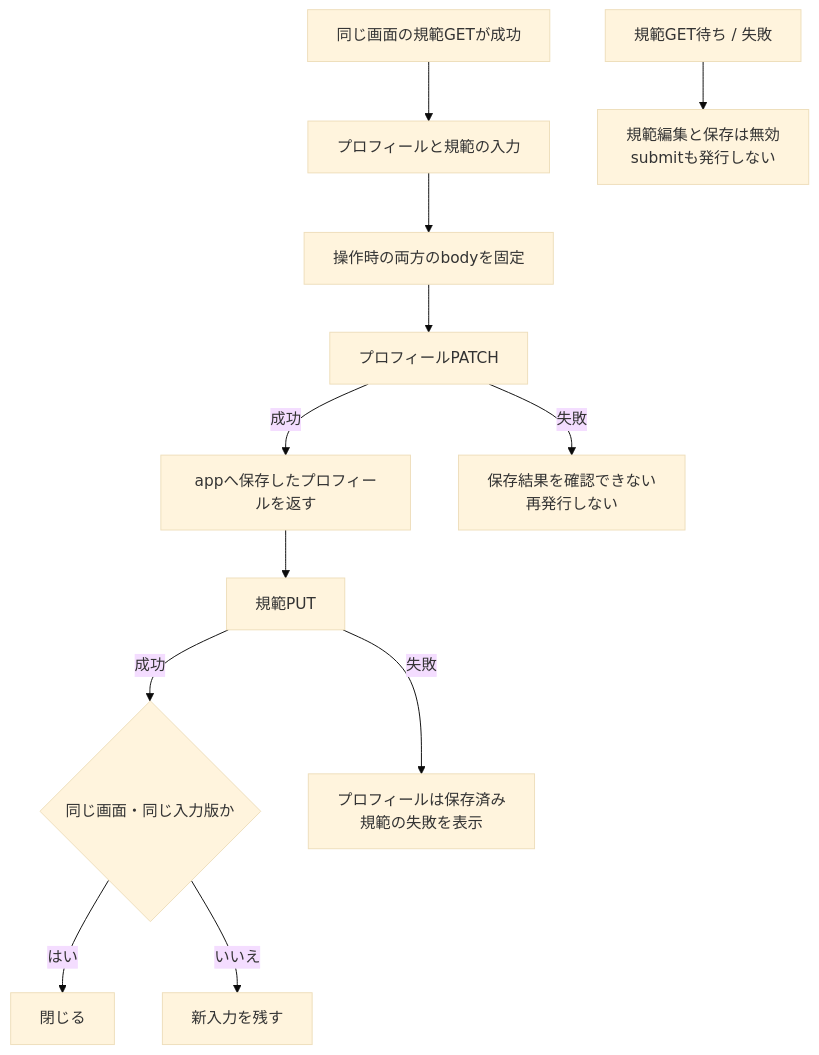
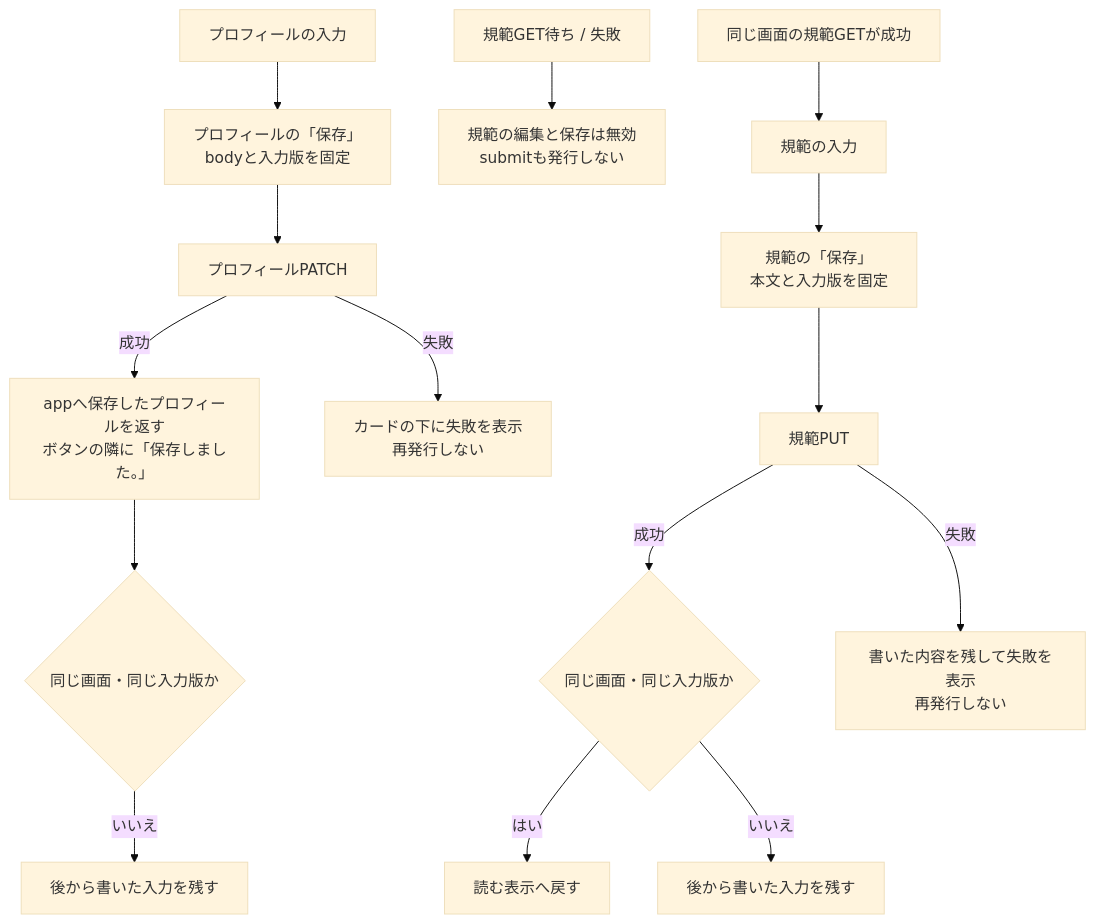
One commit to kitepon/BellTeam changed the third of 7 diagrams in docs/architecture/modules/web/management.md. Above: the diagram before and after it, drawn with Mermaid (base theme). The commit also changed other lines of this file and 7 other files, not shown here.

````diff
--- a/docs/architecture/modules/web/management.md
+++ b/docs/architecture/modules/web/management.md
@@ -70,14 +70,17 @@
 ```mermaid
 flowchart TD
-  Read["同じ画面の規範GETが成功"] --> Input["プロフィールと規範の入力"]
-  Unread["規範GET待ち / 失敗"] --> Disabled["規範編集と保存は無効<br/>submitも発行しない"]
-  Input --> Snapshot["操作時の両方のbodyを固定"]
-  Snapshot --> Profile["プロフィールPATCH"]
-  Profile -->|"成功"| Header["appへ保存したプロフィールを返す"]
-  Header --> Rules["規範PUT"]
-  Rules -->|"成功"| Current{"同じ画面・同じ入力版か"}
-  Current -->|"はい"| Close["閉じる"]
-  Current -->|"いいえ"| Keep["新入力を残す"]
-  Rules -->|"失敗"| Partial["プロフィールは保存済み<br/>規範の失敗を表示"]
-  Profile -->|"失敗"| Failure["保存結果を確認できない<br/>再発行しない"]
+  Read["同じ画面の規範GETが成功"] --> RulesInput["規範の入力"]
+  Unread["規範GET待ち / 失敗"] --> Disabled["規範の編集と保存は無効<br/>submitも発行しない"]
+  ProfileInput["プロフィールの入力"] --> ProfileSave["プロフィールの「保存」<br/>bodyと入力版を固定"]
+  ProfileSave --> Profile["プロフィールPATCH"]
+  Profile -->|"成功"| Header["appへ保存したプロフィールを返す<br/>ボタンの隣に「保存しました。」"]
+  Header --> ProfileCurrent{"同じ画面・同じ入力版か"}
+  ProfileCurrent -->|"いいえ"| ProfileKeep["後から書いた入力を残す"]
+  Profile -->|"失敗"| ProfileFailure["カードの下に失敗を表示<br/>再発行しない"]
+  RulesInput --> RulesSave["規範の「保存」<br/>本文と入力版を固定"]
+  RulesSave --> Rules["規範PUT"]
+  Rules -->|"成功"| RulesCurrent{"同じ画面・同じ入力版か"}
+  RulesCurrent -->|"はい"| Reading["読む表示へ戻す"]
+  RulesCurrent -->|"いいえ"| RulesKeep["後から書いた入力を残す"]
+  Rules -->|"失敗"| RulesFailure["書いた内容を残して失敗を表示<br/>再発行しない"]
 ```
````
